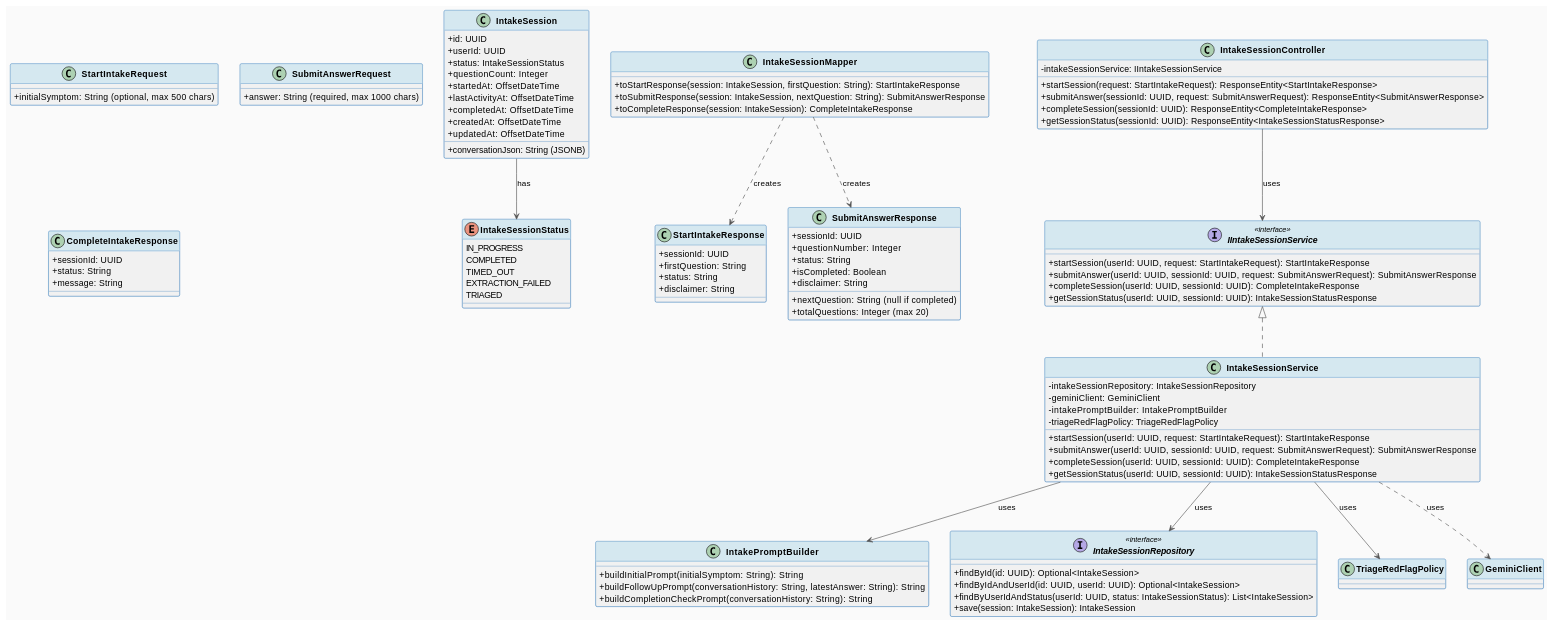
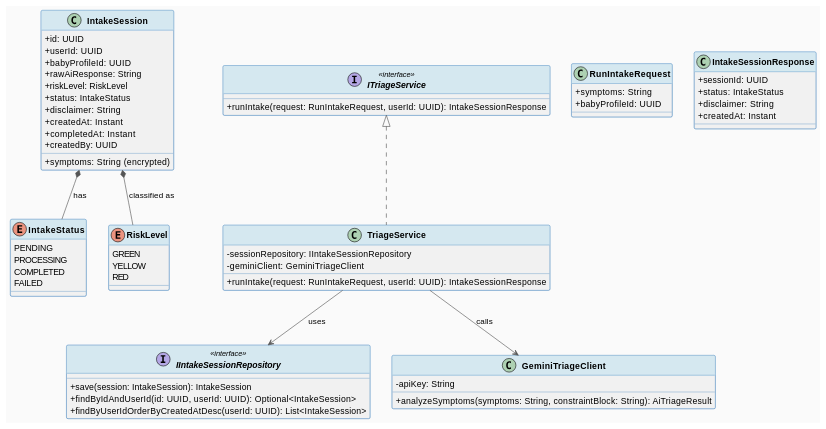
One commit to ChuongBDHE172784/CareBridge_SEP490_G79 changed the first of 4 diagrams in 04_Implement/UC60_RunAISymptomIntake/UC60_RunAISymptomIntake_TDS.md. Above: the diagram before and after it, drawn with PlantUML. The commit also changed other lines of this file and 75 other files, not shown here.

````diff
--- a/04_Implement/UC60_RunAISymptomIntake/UC60_RunAISymptomIntake_TDS.md
+++ b/04_Implement/UC60_RunAISymptomIntake/UC60_RunAISymptomIntake_TDS.md
@@ -255,119 +188,70 @@
 skinparam ClassBorderColor #2E75B6
 skinparam ClassHeaderBackgroundColor #D5E8F0
 
-' === ENUMS ===
-enum IntakeSessionStatus {
-  IN_PROGRESS
-  COMPLETED
-  TIMED_OUT
-  EXTRACTION_FAILED
-  TRIAGED
-}
-
-' === ENTITIES ===
 class IntakeSession {
   + id: UUID
   + userId: UUID
-  + status: IntakeSessionStatus
-  + conversationJson: String (JSONB)
-  + questionCount: Integer
-  + startedAt: OffsetDateTime
-  + lastActivityAt: OffsetDateTime
-  + completedAt: OffsetDateTime
-  + createdAt: OffsetDateTime
-  + updatedAt: OffsetDateTime
+  + babyProfileId: UUID
+  + symptoms: String (encrypted)
+  + rawAiResponse: String
+  + riskLevel: RiskLevel
+  + status: IntakeStatus
+  + disclaimer: String
+  + createdAt: Instant
+  + completedAt: Instant
+  + createdBy: UUID
 }
 
-' === DTOs ===
-class StartIntakeRequest {
-  + initialSymptom: String (optional, max 500 chars)
+enum IntakeStatus {
+  PENDING
+  PROCESSING
+  COMPLETED
+  FAILED
 }
 
-class StartIntakeResponse {
-  + sessionId: UUID
-  + firstQuestion: String
-  + status: String
-  + disclaimer: String
+enum RiskLevel {
+  GREEN
+  YELLOW
+  RED
 }
 
-class SubmitAnswerRequest {
-  + answer: String (required, max 1000 chars)
+interface ITriageService <<interface>> {
+  + runIntake(request: RunIntakeRequest, userId: UUID): IntakeSessionResponse
 }
 
-class SubmitAnswerResponse {
-  + sessionId: UUID
-  + nextQuestion: String (null if completed)
-  + questionNumber: Integer
-  + totalQuestions: Integer (max 20)
-  + status: String
-  + isCompleted: Boolean
-  + disclaimer: String
+class TriageService implements ITriageService {
+  - sessionRepository: IIntakeSessionRepository
+  - geminiClient: GeminiTriageClient
+  + runIntake(request: RunIntakeRequest, userId: UUID): IntakeSessionResponse
 }
 
-class CompleteIntakeResponse {
-  + sessionId: UUID
-  + status: String
-  + message: String
+interface IIntakeSessionRepository <<interface>> {
+  + save(session: IntakeSession): IntakeSession
+  + findByIdAndUserId(id: UUID, userId: UUID): Optional<IntakeSession>
+  + findByUserIdOrderByCreatedAtDesc(userId: UUID): List<IntakeSession>
 }
 
-' === SERVICES ===
-interface IIntakeSessionService <<interface>> {
-  + startSession(userId: UUID, request: StartIntakeRequest): StartIntakeResponse
-  + submitAnswer(userId: UUID, sessionId: UUID, request: SubmitAnswerRequest): SubmitAnswerResponse
-  + completeSession(userId: UUID, sessionId: UUID): CompleteIntakeResponse
-  + getSessionStatus(userId: UUID, sessionId: UUID): IntakeSessionStatusResponse
+class GeminiTriageClient {
+  - apiKey: String
+  + analyzeSymptoms(symptoms: String, constraintBlock: String): AiTriageResult
 }
 
-class IntakeSessionService implements IIntakeSessionService {
-  - intakeSessionRepository: IntakeSessionRepository
-  - geminiClient: GeminiClient
-  - intakePromptBuilder: IntakePromptBuilder
-  - triageRedFlagPolicy: TriageRedFlagPolicy
-  + startSession(userId: UUID, request: StartIntakeRequest): StartIntakeResponse
-  + submitAnswer(userId: UUID, sessionId: UUID, request: SubmitAnswerRequest): SubmitAnswerResponse
-  + completeSession(userId: UUID, sessionId: UUID): CompleteIntakeResponse
-  + getSessionStatus(userId: UUID, sessionId: UUID): IntakeSessionStatusResponse
+class RunIntakeRequest {
+  + symptoms: String
+  + babyProfileId: UUID
 }
 
-class IntakePromptBuilder {
-  + buildInitialPrompt(initialSymptom: String): String
-  + buildFollowUpPrompt(conversationHistory: String, latestAnswer: String): String
-  + buildCompletionCheckPrompt(conversationHistory: String): String
+class IntakeSessionResponse {
+  + sessionId: UUID
+  + status: IntakeStatus
+  + disclaimer: String
+  + createdAt: Instant
 }
 
-' === REPOSITORIES ===
-interface IntakeSessionRepository <<interface>> {
-  + findById(id: UUID): Optional<IntakeSession>
-  + findByIdAndUserId(id: UUID, userId: UUID): Optional<IntakeSession>
-  + findByUserIdAndStatus(userId: UUID, status: IntakeSessionStatus): List<IntakeSession>
-  + save(session: IntakeSession): IntakeSession
-}
-
-' === MAPPER ===
-class IntakeSessionMapper {
-  + toStartResponse(session: IntakeSession, firstQuestion: String): StartIntakeResponse
-  + toSubmitResponse(session: IntakeSession, nextQuestion: String): SubmitAnswerResponse
-  + toCompleteResponse(session: IntakeSession): CompleteIntakeResponse
-}
-
-' === CONTROLLER ===
-class IntakeSessionController {
-  - intakeSessionService: IIntakeSessionService
-  + startSession(request: StartIntakeRequest): ResponseEntity<StartIntakeResponse>
-  + submitAnswer(sessionId: UUID, request: SubmitAnswerRequest): ResponseEntity<SubmitAnswerResponse>
-  + completeSession(sessionId: UUID): ResponseEntity<CompleteIntakeResponse>
-  + getSessionStatus(sessionId: UUID): ResponseEntity<IntakeSessionStatusResponse>
-}
-
-' === RELATIONSHIPS ===
-IntakeSessionController --> IIntakeSessionService : uses
-IntakeSessionService --> IntakeSessionRepository : uses
-IntakeSessionService --> IntakePromptBuilder : uses
-IntakeSessionService --> TriageRedFlagPolicy : uses
-IntakeSessionService ..> GeminiClient : uses
-IntakeSession --> IntakeSessionStatus : has
-IntakeSessionMapper ..> StartIntakeResponse : creates
-IntakeSessionMapper ..> SubmitAnswerResponse : creates
+TriageService --> IIntakeSessionRepository : uses
+TriageService --> GeminiTriageClient : calls
+IntakeSession *-- IntakeStatus : has
+IntakeSession *-- RiskLevel : classified as
 
 @enduml
 ```
````
